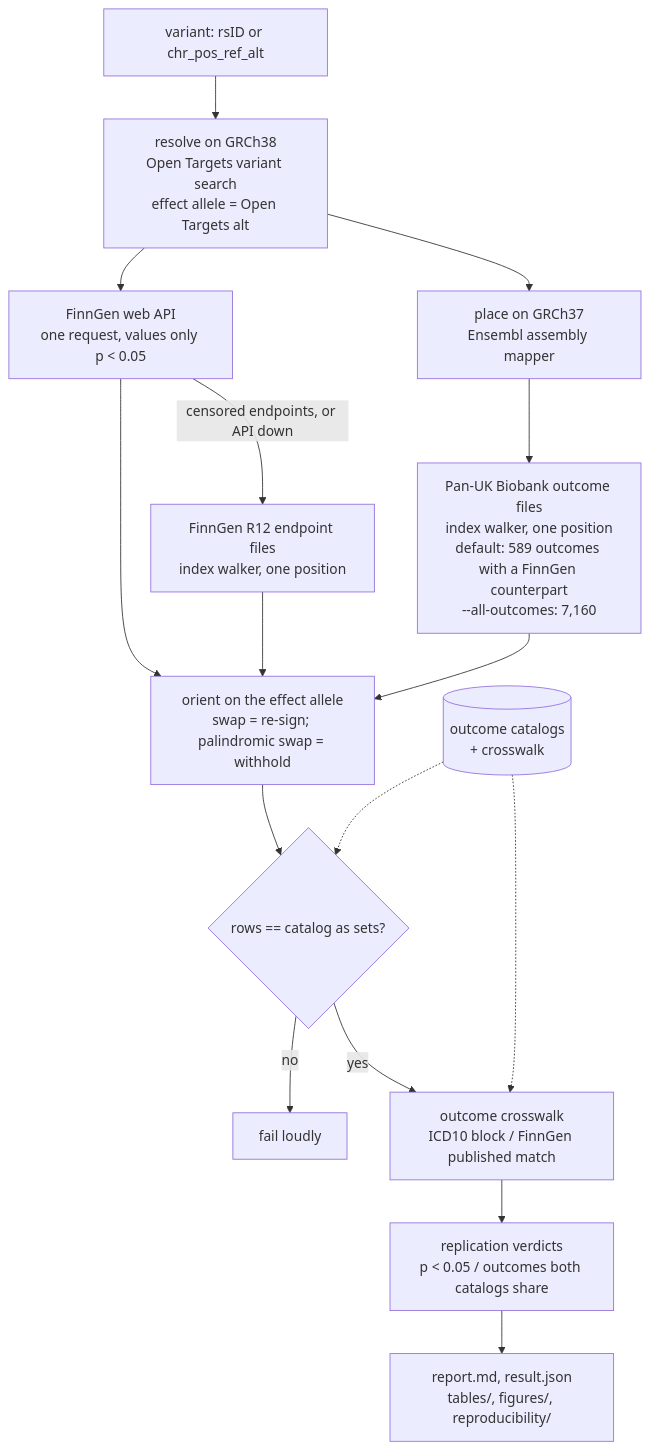
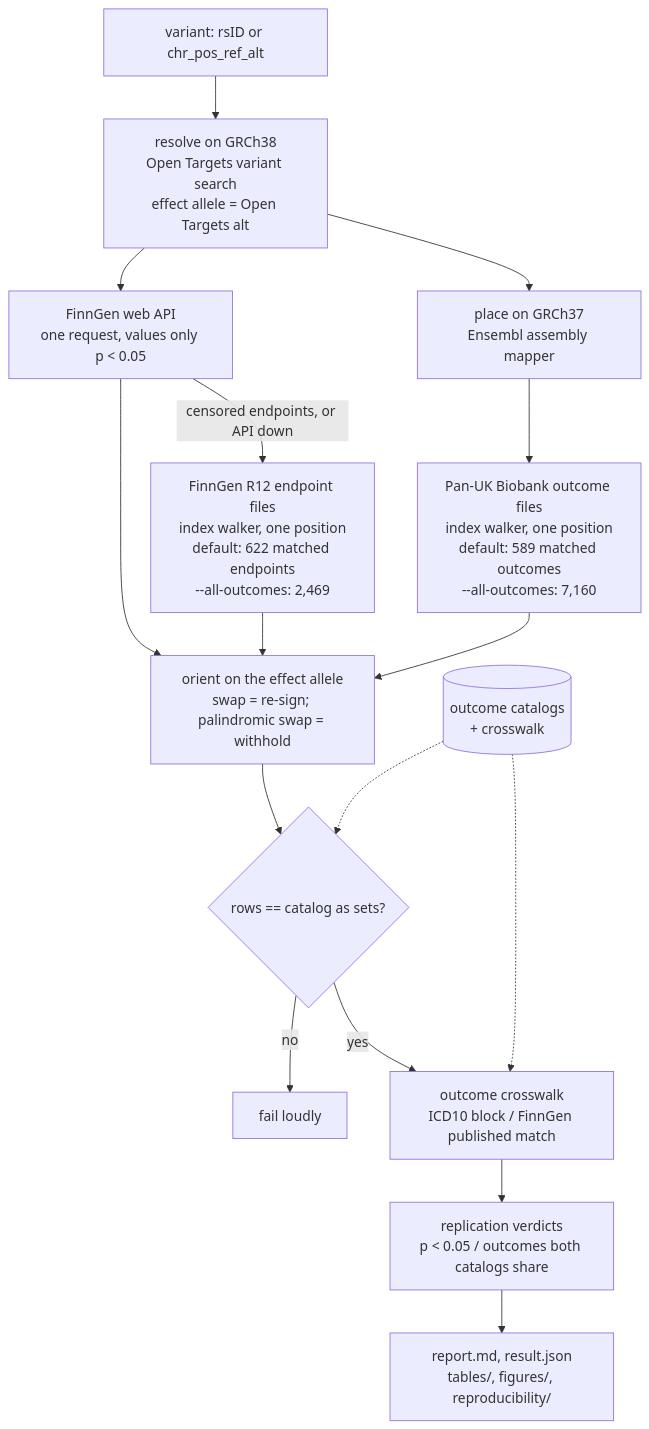
One commit to ClawBio/ClawBio changed the diagram in skills/snp-phewas/diagram.mmd. Above: the diagram before and after it, drawn with Mermaid. The commit also changed 6 other files, not shown here.

First line of the commit message:
snp-phewas: two views, the outcomes matched across both biobanks (default) or every outcome in both

```diff
--- a/skills/snp-phewas/diagram.mmd
+++ b/skills/snp-phewas/diagram.mmd
@@ -1,16 +1,16 @@
 flowchart TD
     Q["variant: rsID or chr_pos_ref_alt"] --> R["resolve on GRCh38<br/>Open Targets variant search<br/>effect allele = Open Targets alt"]
     R --> M["place on GRCh37<br/>Ensembl assembly mapper"]
     R --> FG_API["FinnGen web API<br/>one request, values only p &lt; 0.05"]
-    FG_API -->|censored endpoints, or API down| FG_TBX["FinnGen R12 endpoint files<br/>index walker, one position"]
-    M --> PAN["Pan-UK Biobank outcome files<br/>index walker, one position<br/>default: 589 outcomes with a FinnGen counterpart<br/>--all-outcomes: 7,160"]
+    FG_API -->|censored endpoints, or API down| FG_TBX["FinnGen R12 endpoint files<br/>index walker, one position<br/>default: 622 matched endpoints<br/>--all-outcomes: 2,469"]
+    M --> PAN["Pan-UK Biobank outcome files<br/>index walker, one position<br/>default: 589 matched outcomes<br/>--all-outcomes: 7,160"]
     FG_API --> O
     FG_TBX --> O
     PAN --> O["orient on the effect allele<br/>swap = re-sign; palindromic swap = withhold"]
     O --> P{"rows == catalog as sets?"}
     P -->|no| X["fail loudly"]
     P -->|yes| H["outcome crosswalk<br/>ICD10 block / FinnGen published match"]
     H --> V["replication verdicts<br/>p &lt; 0.05 / outcomes both catalogs share"]
     V --> OUT["report.md, result.json<br/>tables/, figures/, reproducibility/"]
     CAT[("outcome catalogs<br/>+ crosswalk")] -.-> P
     CAT -.-> H
```
